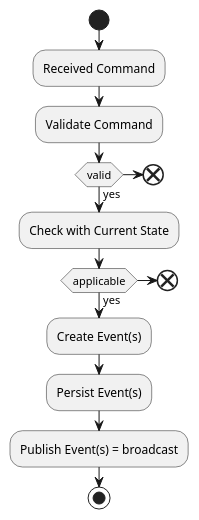
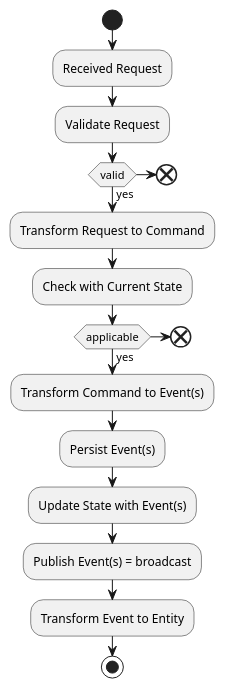
Before and after one commit to jvorhauer/konomas: the diagram in docs/command-handler.puml, drawn with PlantUML. The commit also changed 2 other files, not shown here.

```diff
--- a/docs/command-handler.puml
+++ b/docs/command-handler.puml
@@ -1,21 +1,24 @@
 @startuml
 'https://plantuml.com/activity-diagram-beta
 
 start
-:Received Command;
-:Validate Command;
+:Received Request;
+:Validate Request;
 if (valid) then (yes)
-    :Check with Current State;
-    if (applicable) then (yes)
-        :Create Event(s);
-        :Persist Event(s);
-        :Publish Event(s) = broadcast;
-    else
-        end
-    endif
+  :Transform Request to Command;
+  :Check with Current State;
+  if (applicable) then (yes)
+    :Transform Command to Event(s);
+    :Persist Event(s);
+    :Update State with Event(s);
+    :Publish Event(s) = broadcast;
+    :Transform Event to Entity;
+  else
+    end
+  endif
 else
-    end
+  end
 endif
 stop
 
 @enduml
```
